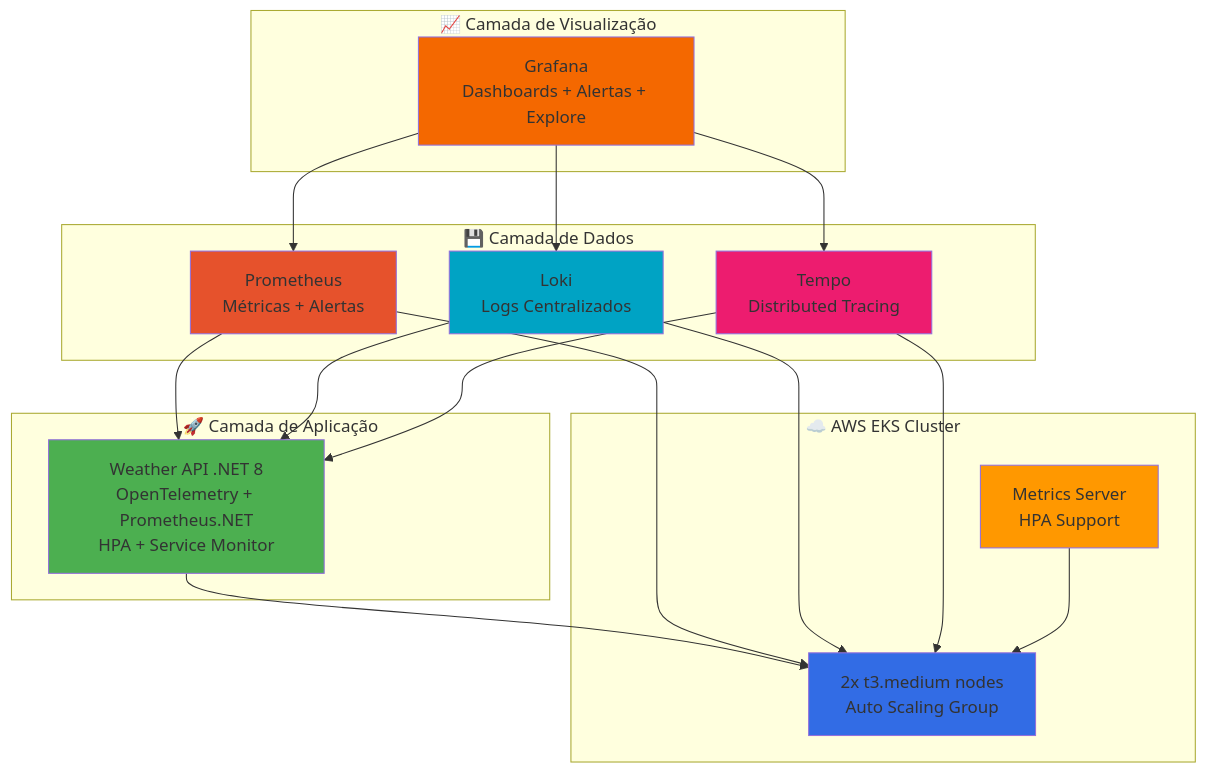
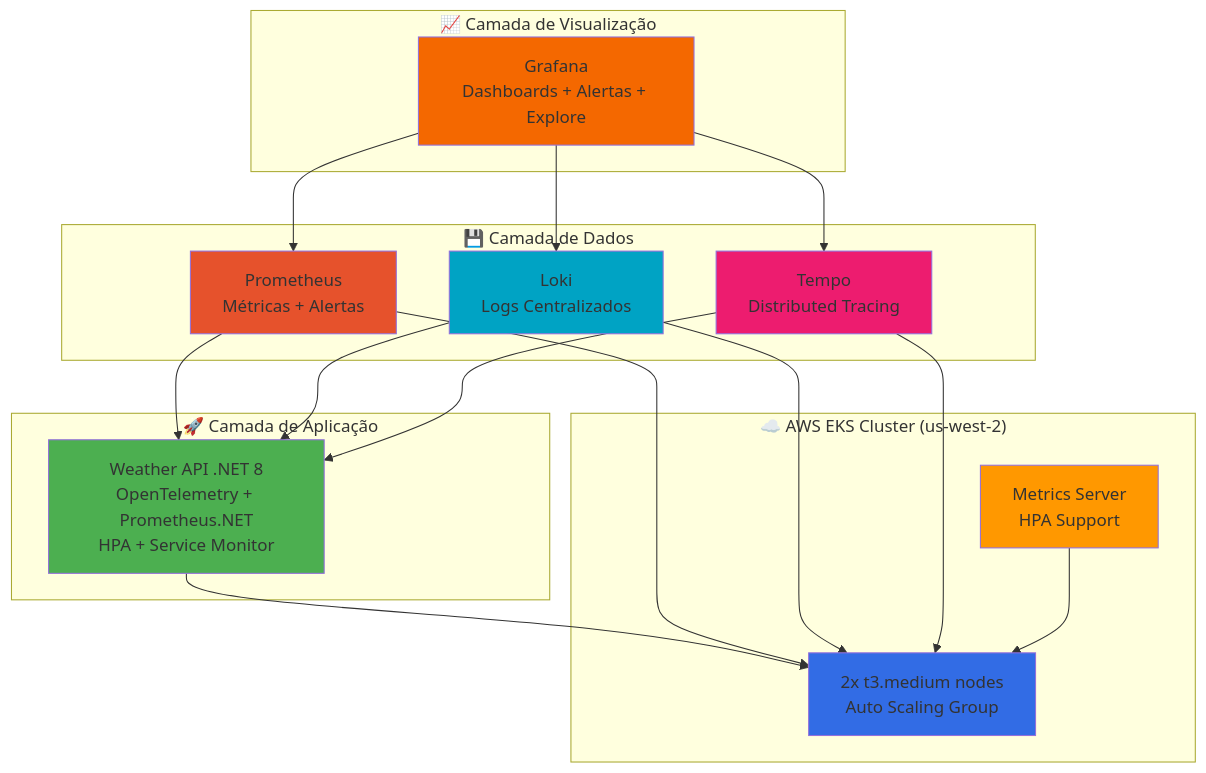
The first of 2 diagrams in docs/HANDS-ON-COMPLETO.md (josenetoo/fiap-demo-k8s-monitoramento), drawn with Mermaid before and after one commit. The commit also changed other lines of this file and 5 other files, not shown here.

First line of the commit message:
docs: update AWS region from us-east-1 to us-west-2

````diff
--- a/docs/HANDS-ON-COMPLETO.md
+++ b/docs/HANDS-ON-COMPLETO.md
@@ -10,43 +10,43 @@
 ```mermaid
 graph TB
     subgraph "📈 Camada de Visualização"
         GRAF[Grafana<br/>Dashboards + Alertas + Explore]
     end
     
     subgraph "💾 Camada de Dados"
         PROM[Prometheus<br/>Métricas + Alertas]
         LOKI[Loki<br/>Logs Centralizados]
         TEMPO[Tempo<br/>Distributed Tracing]
     end
     
     subgraph "🚀 Camada de Aplicação"
         APP[Weather API .NET 8<br/>OpenTelemetry + Prometheus.NET<br/>HPA + Service Monitor]
     end
     
-    subgraph "☁️ AWS EKS Cluster"
+    subgraph "☁️ AWS EKS Cluster (us-west-2)"
         NODES[2x t3.medium nodes<br/>Auto Scaling Group]
         METRICS[Metrics Server<br/>HPA Support]
     end
     
     GRAF --> PROM
     GRAF --> LOKI
     GRAF --> TEMPO
     
     PROM --> APP
     LOKI --> APP
     TEMPO --> APP
     
     APP --> NODES
     PROM --> NODES
     LOKI --> NODES
     TEMPO --> NODES
     METRICS --> NODES
     
     style GRAF fill:#F46800
     style PROM fill:#E6522C
     style LOKI fill:#00A3C4
     style TEMPO fill:#ED1C6F
     style APP fill:#4CAF50
     style NODES fill:#326CE5
     style METRICS fill:#FF9800
 ```
````
